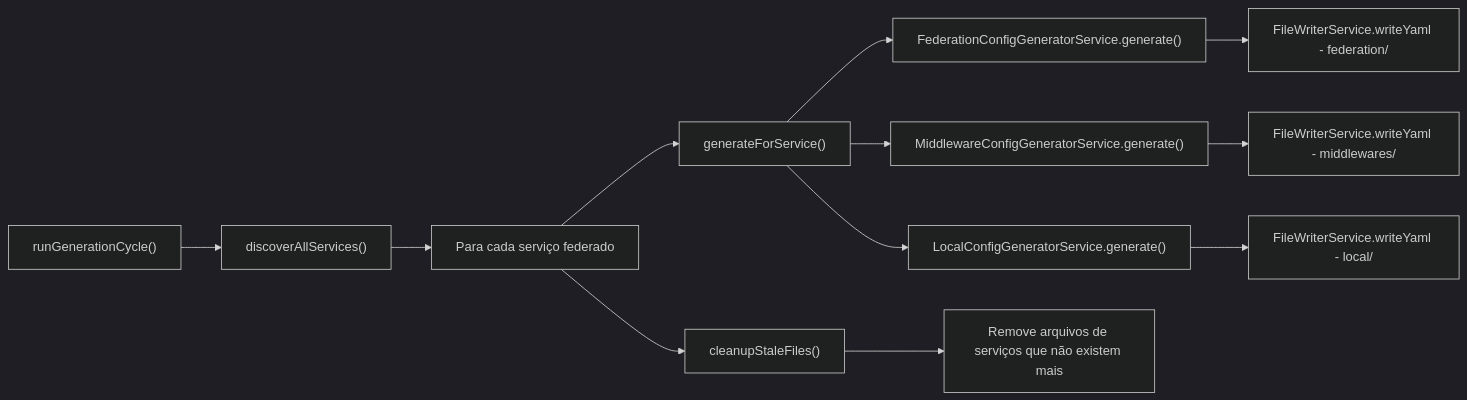
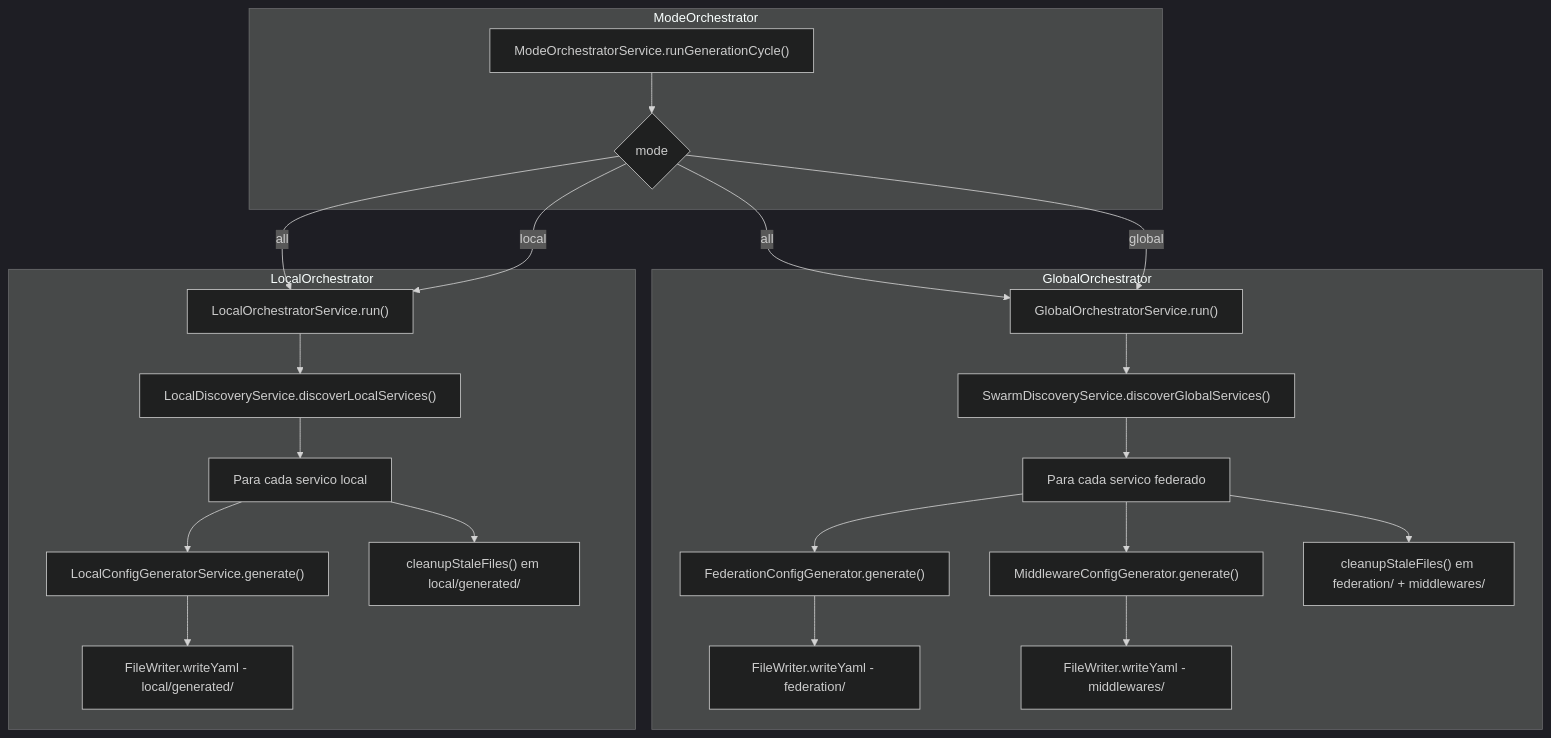
The second of 2 diagrams in ARCHITECTURE.md (Chamoouske/sidecar-traefik-config-generator), drawn with Mermaid (dark theme) before and after one commit. The commit also changed other lines of this file and 36 other files, not shown here.

Commit message:
feat: criacao de GENERATION_MODES para aplicar a geracao de forma local|global|all(ambos)

````diff
--- a/ARCHITECTURE.md
+++ b/ARCHITECTURE.md
@@ -518,14 +581,30 @@
 ```mermaid
-flowchart LR
-    A["runGenerationCycle()"] --> B["discoverAllServices()"]
-    B --> C["Para cada serviço federado"]
-    C --> D["generateForService()"]
-    D --> E["FederationConfigGeneratorService.generate()"]
-    D --> F["MiddlewareConfigGeneratorService.generate()"]
-    D --> G["LocalConfigGeneratorService.generate()"]
-    E --> H["FileWriterService.writeYaml - federation/"]
-    F --> I["FileWriterService.writeYaml - middlewares/"]
-    G --> J["FileWriterService.writeYaml - local/"]
-    C --> K["cleanupStaleFiles()"]
-    K --> L["Remove arquivos de serviços que não existem mais"]
+flowchart TD
+    subgraph ModeOrchestrator
+        A["ModeOrchestratorService.runGenerationCycle()"]
+        A --> B{"mode"}
+    end
+
+    B -->|"all"| C1["GlobalOrchestratorService.run()"]
+    B -->|"all"| C2["LocalOrchestratorService.run()"]
+    B -->|"global"| C1
+    B -->|"local"| C2
+
+    subgraph GlobalOrchestrator
+        C1 --> D1["SwarmDiscoveryService.discoverGlobalServices()"]
+        D1 --> E1["Para cada servico federado"]
+        E1 --> F1["FederationConfigGenerator.generate()"]
+        E1 --> G1["MiddlewareConfigGenerator.generate()"]
+        F1 --> H1["FileWriter.writeYaml - federation/"]
+        G1 --> I1["FileWriter.writeYaml - middlewares/"]
+        E1 --> J1["cleanupStaleFiles() em federation/ + middlewares/"]
+    end
+
+    subgraph LocalOrchestrator
+        C2 --> D2["LocalDiscoveryService.discoverLocalServices()"]
+        D2 --> E2["Para cada servico local"]
+        E2 --> F2["LocalConfigGeneratorService.generate()"]
+        F2 --> H2["FileWriter.writeYaml - local/generated/"]
+        E2 --> J2["cleanupStaleFiles() em local/generated/"]
+    end
 ```
````
